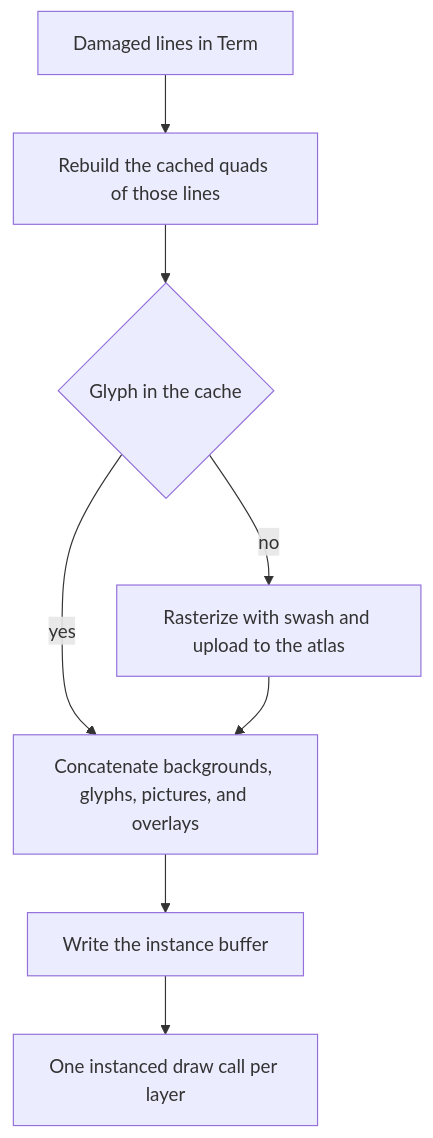
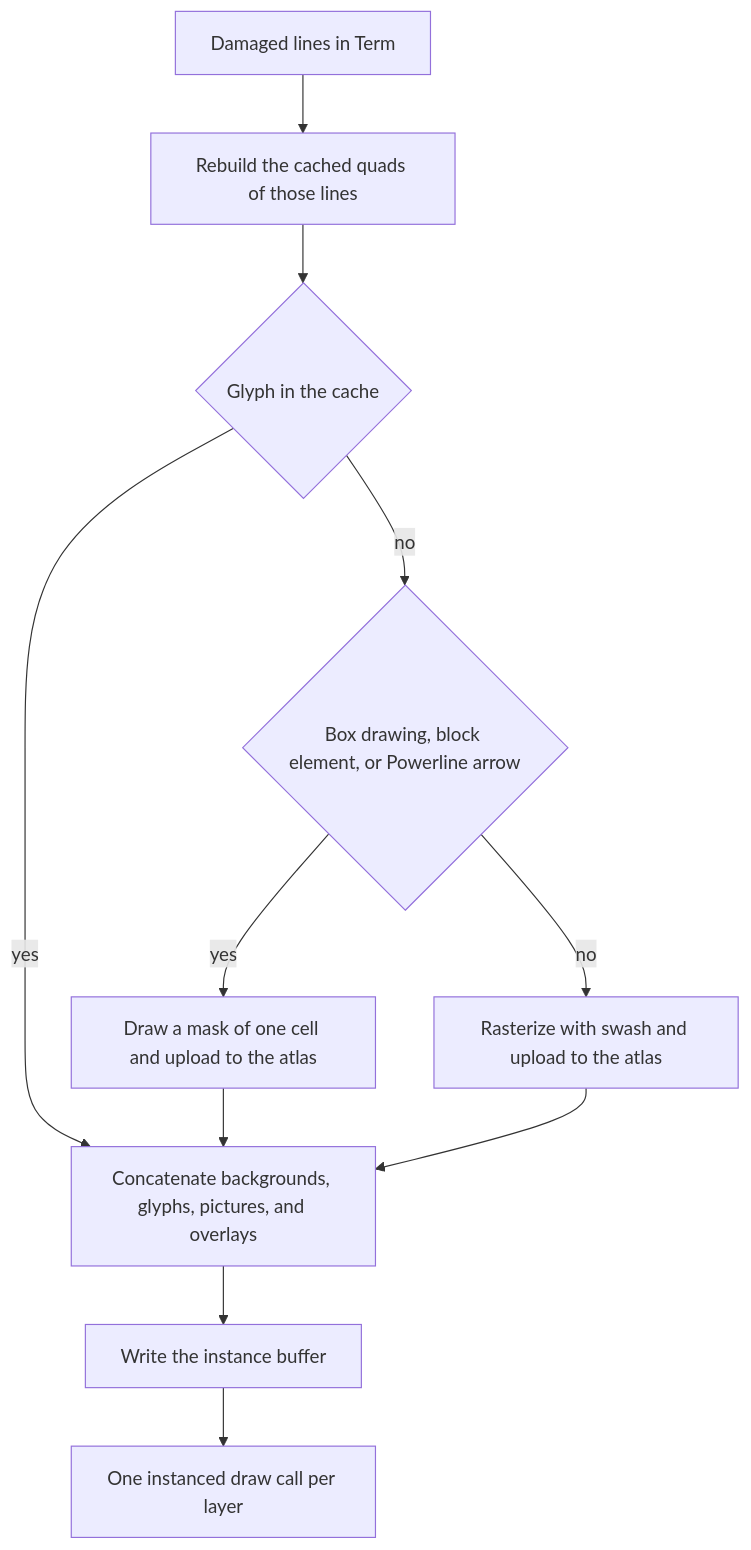
The ninth of 9 diagrams in docs/architecture.md (riya-amemiya/Dartel), drawn with Mermaid before and after one commit. The commit also changed other lines of this file and 3 other files, not shown here.

First line of the commit message:
feat: draw box drawing characters, block elements, and Powerline arrows to fill the cell (#19)

````diff
--- a/docs/architecture.md
+++ b/docs/architecture.md
@@ -502,10 +502,13 @@
 ```mermaid
 flowchart TD
     damage["Damaged lines in Term"] --> rebuild["Rebuild the cached quads of those lines"]
     rebuild --> cached{"Glyph in the cache"}
     cached -- yes --> frame["Concatenate backgrounds, glyphs, pictures, and overlays"]
-    cached -- no --> raster["Rasterize with swash and upload to the atlas"]
+    cached -- no --> drawn{"Box drawing, block element, or Powerline arrow"}
+    drawn -- yes --> mask["Draw a mask of one cell and upload to the atlas"]
+    drawn -- no --> raster["Rasterize with swash and upload to the atlas"]
+    mask --> frame
     raster --> frame
     frame --> buffer["Write the instance buffer"]
     buffer --> draw["One instanced draw call per layer"]
 ```
````
